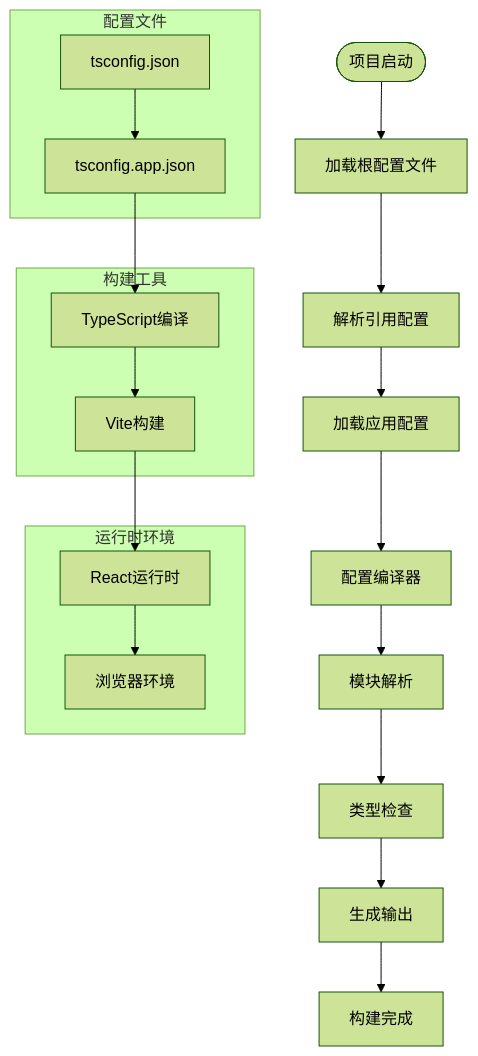
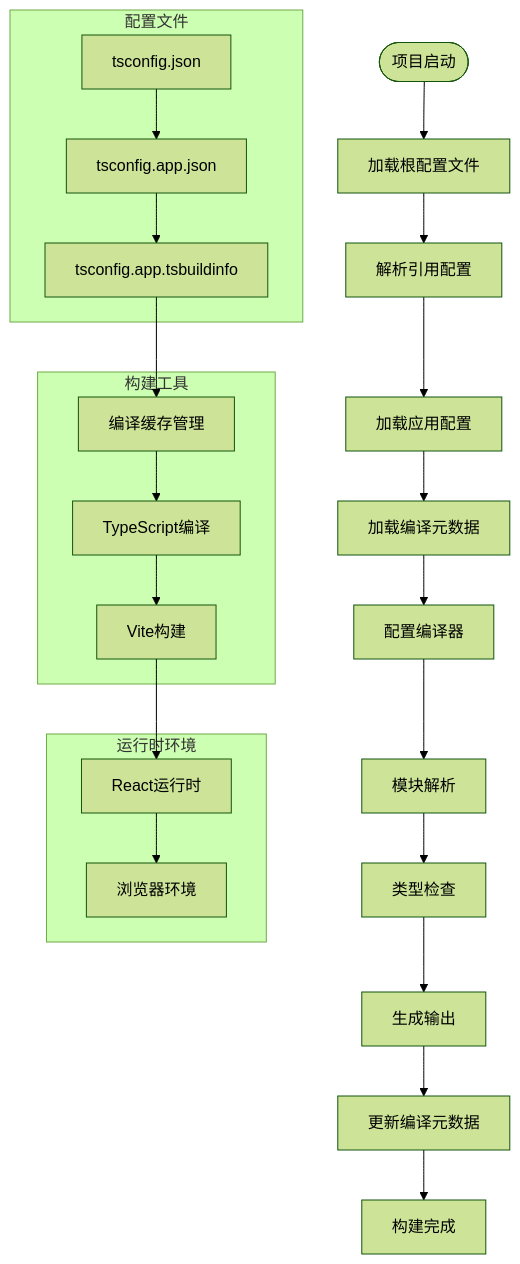
The second of 7 diagrams in .qoder/repowiki/zh/content/配置系统/TypeScript配置.md (JadeXusq/qr-generator), drawn with Mermaid (forest theme) before and after one commit. The commit also changed other lines of this file and 9 other files, not shown here.

````diff
--- a/.qoder/repowiki/zh/content/配置系统/TypeScript配置.md
+++ b/.qoder/repowiki/zh/content/配置系统/TypeScript配置.md
@@ -114,28 +139,34 @@
 ```mermaid
 flowchart TD
 Start([项目启动]) --> LoadRoot[加载根配置文件]
 LoadRoot --> ParseRefs[解析引用配置]
 ParseRefs --> LoadApp[加载应用配置]
-LoadApp --> SetupCompiler[配置编译器]
+LoadApp --> LoadBuildInfo[加载编译元数据]
+LoadBuildInfo --> SetupCompiler[配置编译器]
 SetupCompiler --> ResolveModules[模块解析]
 ResolveModules --> CheckTypes[类型检查]
 CheckTypes --> EmitOutput[生成输出]
-EmitOutput --> BuildComplete[构建完成]
+EmitOutput --> UpdateBuildInfo[更新编译元数据]
+UpdateBuildInfo --> BuildComplete[构建完成]
 subgraph "配置文件"
 RootFile[tsconfig.json]
 AppFile[tsconfig.app.json]
+BuildInfoFile[tsconfig.app.tsbuildinfo]
 end
 subgraph "构建工具"
 ViteBuild[Vite构建]
 TSCompile[TypeScript编译]
+CacheManager[编译缓存管理]
 end
 subgraph "运行时环境"
 ReactRuntime[React运行时]
 BrowserEnv[浏览器环境]
 end
 RootFile --> AppFile
-AppFile --> TSCompile
+AppFile --> BuildInfoFile
+BuildInfoFile --> CacheManager
+CacheManager --> TSCompile
 TSCompile --> ViteBuild
 ViteBuild --> ReactRuntime
 ReactRuntime --> BrowserEnv
 ```
````
